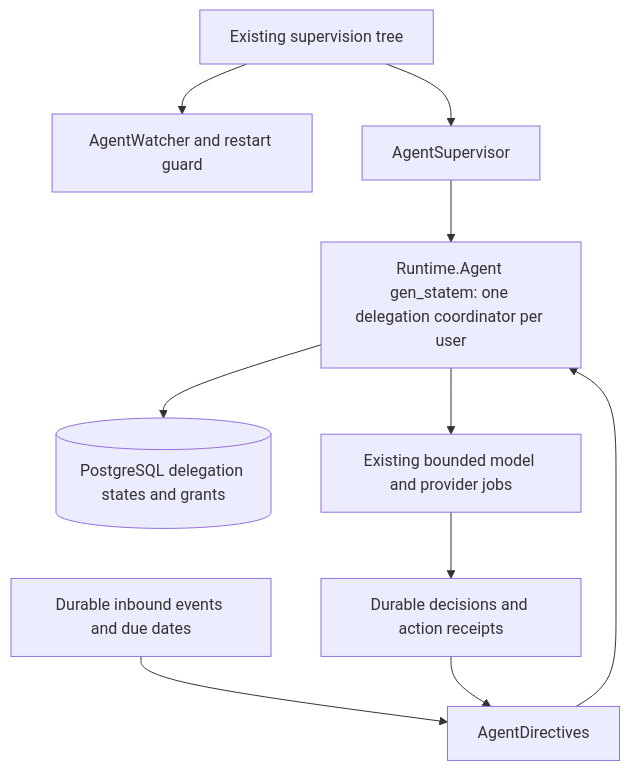
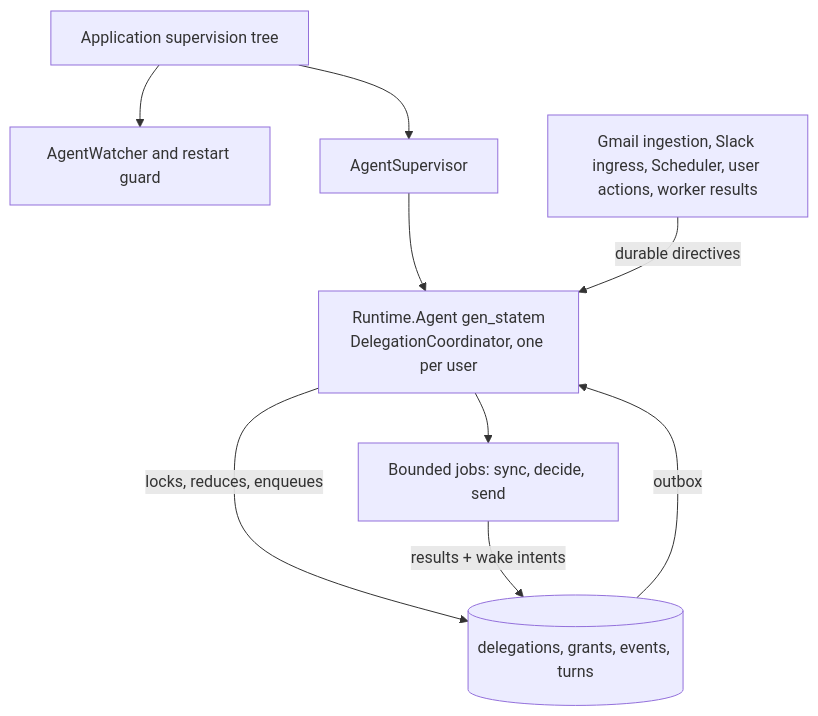
The first of 2 diagrams in docs/delegated-conversation-execution-plan.md (argonavis-labs/maraithon), drawn with Mermaid before and after one commit. The commit also changed other lines of this file, not shown here.

````diff
--- a/docs/delegated-conversation-execution-plan.md
+++ b/docs/delegated-conversation-execution-plan.md
@@ -82,12 +148,11 @@
 ```mermaid
 flowchart TD
-    S[Existing supervision tree] --> W[AgentWatcher and restart guard]
+    S[Application supervision tree] --> W[AgentWatcher and restart guard]
     S --> A[AgentSupervisor]
-    A --> C[Runtime.Agent gen_statem: one delegation coordinator per user]
-    I[Durable inbound events and due dates] --> D[AgentDirectives]
-    D --> C
-    C --> P[(PostgreSQL delegation states and grants)]
-    C --> J[Existing bounded model and provider jobs]
-    J --> R[Durable decisions and action receipts]
-    R --> D
+    A --> C["Runtime.Agent gen_statem<br/>DelegationCoordinator, one per user"]
+    I[Gmail ingestion, Slack ingress, Scheduler, user actions, worker results] -->|durable directives| C
+    C -->|locks, reduces, enqueues| P[(delegations, grants, events, turns)]
+    C --> J[Bounded jobs: sync, decide, send]
+    J -->|results + wake intents| P
+    P -->|outbox| C
 ```
````
